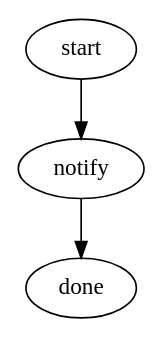
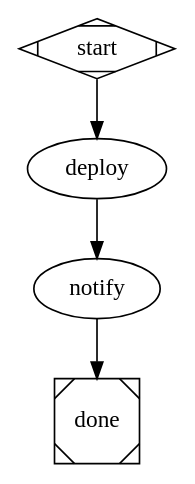
Before and after one commit to jawhnycooke/attractor: diagram 14 of 19 in docs/how-to/common-tasks.md, drawn with Graphviz. The commit also changed other lines of this file and 5 other files, not shown here.

````diff
--- a/docs/how-to/common-tasks.md
+++ b/docs/how-to/common-tasks.md
@@ -330,10 +1207,12 @@
 ```dot
 digraph with_notifications {
-    start  [handler="codergen" prompt="Deploy the release." start=true]
-    notify [handler="slack_notify" message="Release deployed by Attractor. Last output: {last_codergen_output}"]
-    done   [terminal=true]
+    start  [shape=Mdiamond]
+    deploy [type="codergen" prompt="Deploy the release to staging."]
+    notify [type="slack_notify" message="Release deployed. Last status: {deploy_status}"]
+    done   [shape=Msquare]
 
-    start  -> notify
+    start  -> deploy
+    deploy -> notify
     notify -> done
 }
 ```
````
